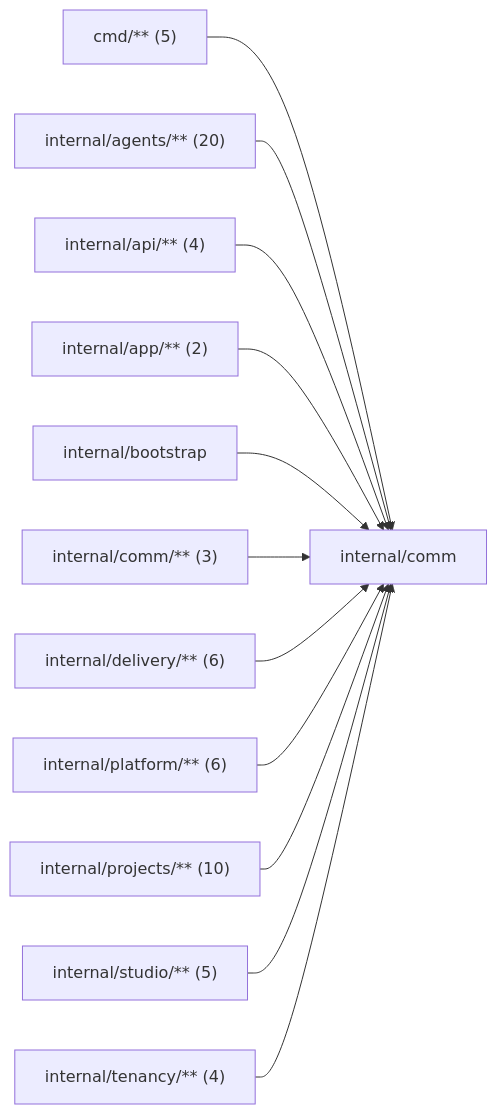
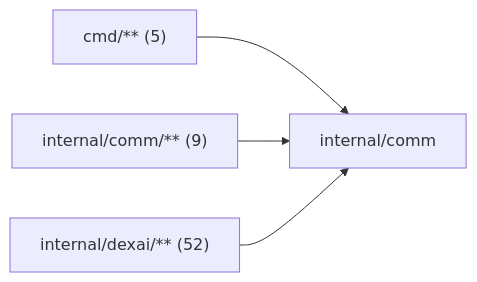
One commit to superdurable/superverse changed the diagram in internal/comm/README.md. Above: the diagram before and after it, drawn with Mermaid. The commit also changed other lines of this file and 1620 other files, not shown here.

First line of the commit message:
INTERNALTREE: move product code into internal/dexai and shared code into internal/comm

````diff
--- a/internal/comm/README.md
+++ b/internal/comm/README.md
@@ -10,15 +10,7 @@
 ```mermaid
 flowchart LR
   self["internal/comm"]
   c0["cmd/** (5)"] --> self
-  c1["internal/agents/** (20)"] --> self
-  c2["internal/api/** (4)"] --> self
-  c3["internal/app/** (2)"] --> self
-  c4["internal/bootstrap"] --> self
-  c5["internal/comm/** (3)"] --> self
-  c6["internal/delivery/** (6)"] --> self
-  c7["internal/platform/** (6)"] --> self
-  c8["internal/projects/** (10)"] --> self
-  c9["internal/studio/** (5)"] --> self
-  c10["internal/tenancy/** (4)"] --> self
+  c1["internal/comm/** (9)"] --> self
+  c2["internal/dexai/** (52)"] --> self
 ```
````
